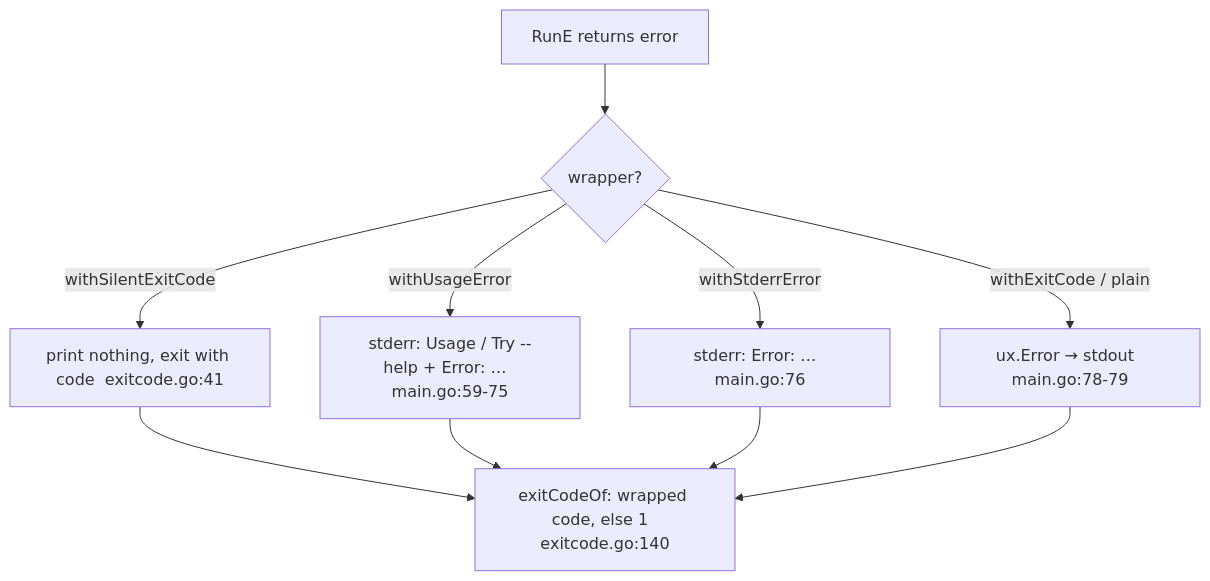
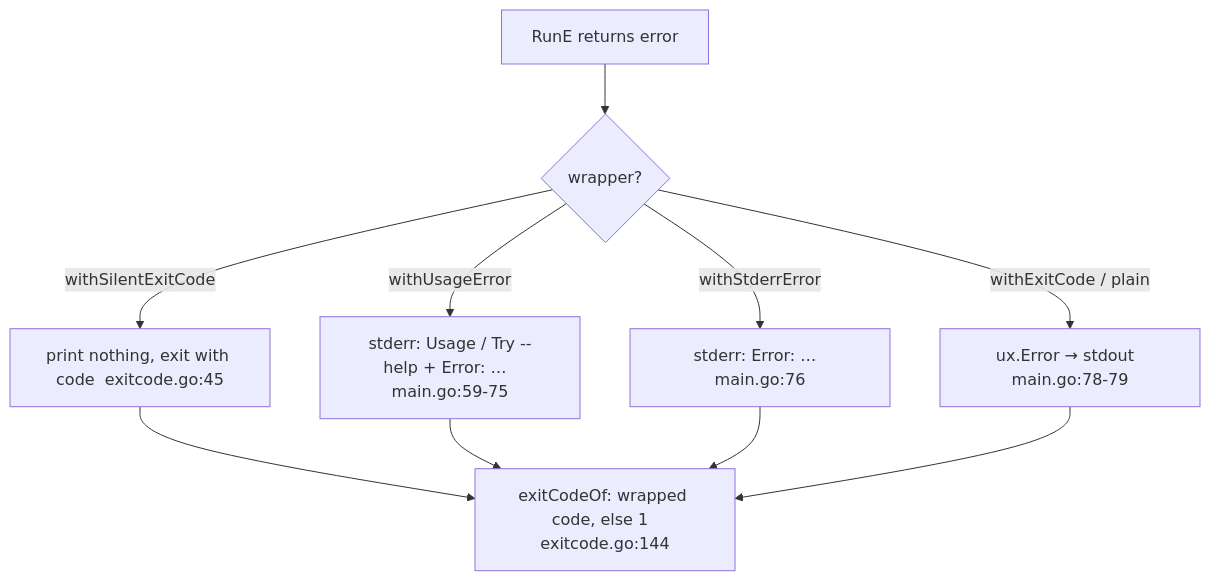
Before and after one commit to gn00678465/apm-go: the fourth of 4 diagrams in ARCHITECTURE.md, drawn with Mermaid. The commit also changed other lines of this file and 124 other files, not shown here.

````diff
--- a/ARCHITECTURE.md
+++ b/ARCHITECTURE.md
@@ -188,9 +188,9 @@
 ```mermaid
 flowchart TD
   A[RunE returns error] --> B{wrapper?}
-  B -->|withSilentExitCode| C[print nothing, exit with code  exitcode.go:41]
+  B -->|withSilentExitCode| C[print nothing, exit with code  exitcode.go:45]
   B -->|withUsageError| D[stderr: Usage / Try --help + Error: …  main.go:59-75]
   B -->|withStderrError| E[stderr: Error: …  main.go:76]
   B -->|withExitCode / plain| F[ux.Error → stdout  main.go:78-79]
-  C & D & E & F --> G[exitCodeOf: wrapped code, else 1  exitcode.go:140]
+  C & D & E & F --> G[exitCodeOf: wrapped code, else 1  exitcode.go:144]
 ```
````
